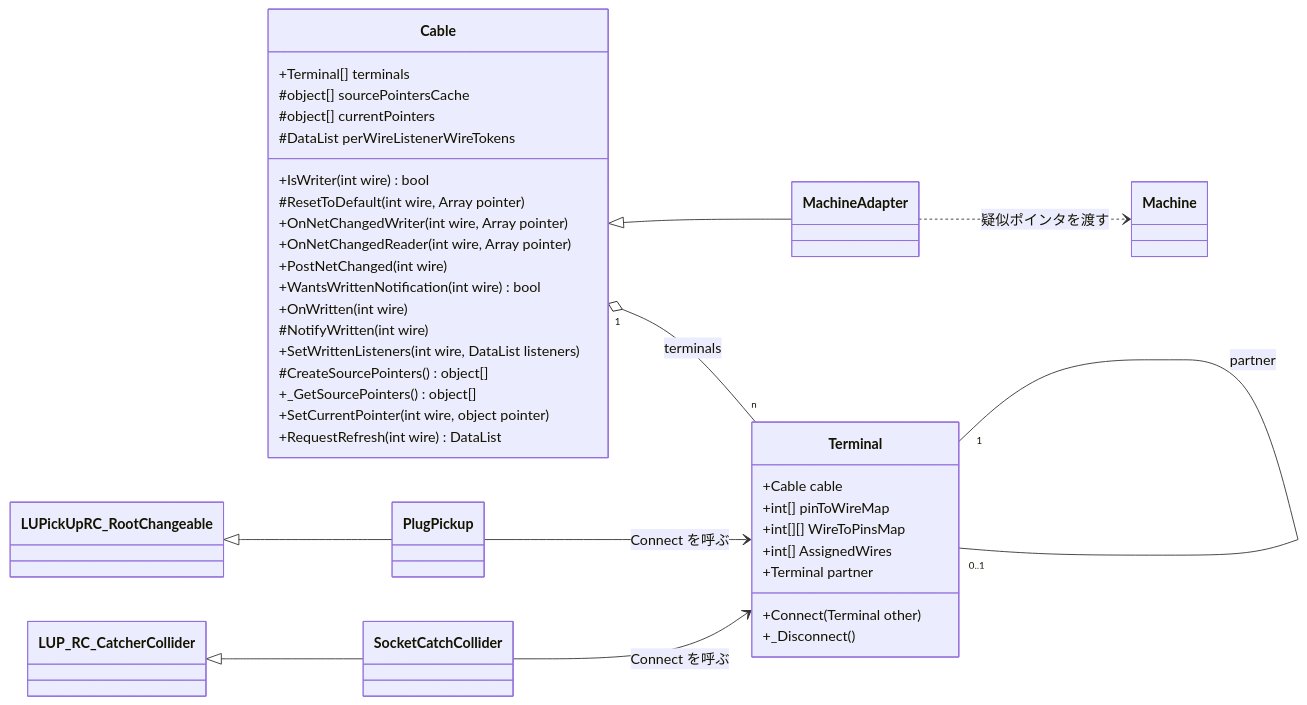
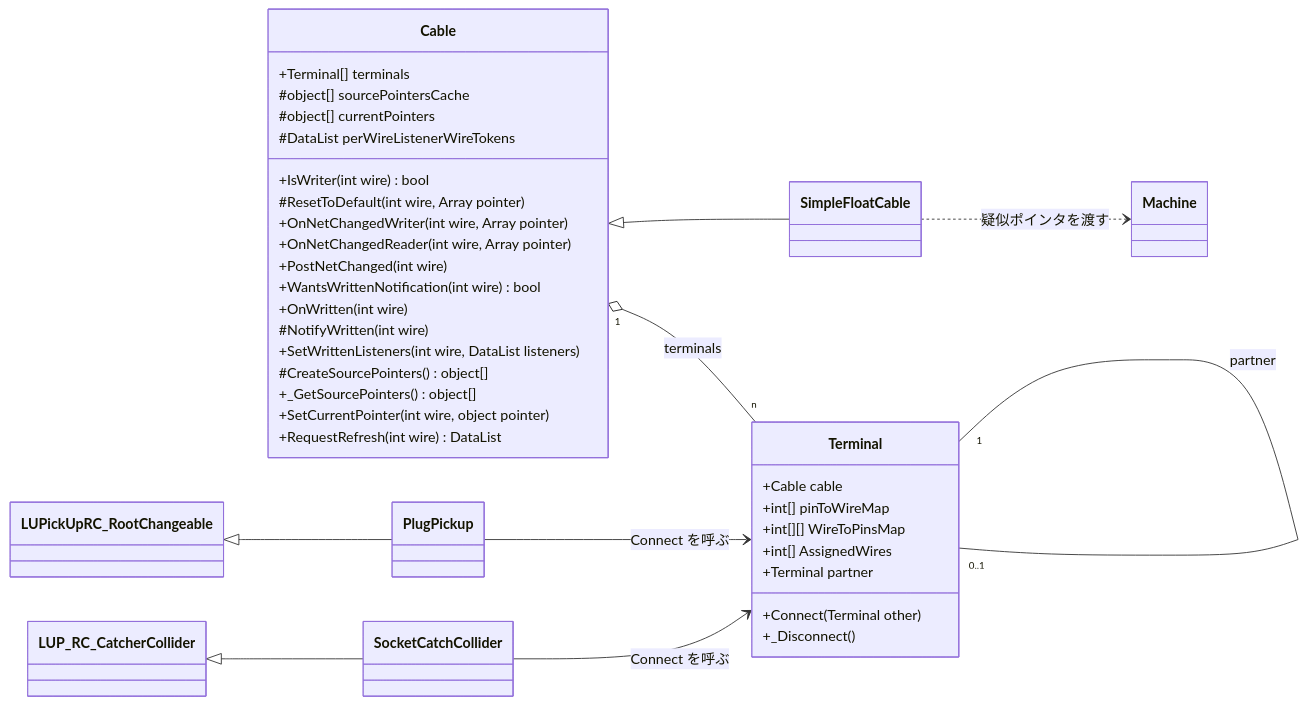
The first of 3 diagrams in Design.md (frou01/UdonSharpPickupCable), drawn with Mermaid before and after one commit. The commit also changed other lines of this file and 2 other files, not shown here.

````diff
--- a/Design.md
+++ b/Design.md
@@ -97,44 +97,44 @@
 ```mermaid
 classDiagram
   direction LR
   class Cable {
     +Terminal[] terminals
     #object[] sourcePointersCache
     #object[] currentPointers
     #DataList perWireListenerWireTokens
     +IsWriter(int wire) bool
     #ResetToDefault(int wire, Array pointer)
     +OnNetChangedWriter(int wire, Array pointer)
     +OnNetChangedReader(int wire, Array pointer)
     +PostNetChanged(int wire)
     +WantsWrittenNotification(int wire) bool
     +OnWritten(int wire)
     #NotifyWritten(int wire)
     +SetWrittenListeners(int wire, DataList listeners)
     #CreateSourcePointers() object[]
     +_GetSourcePointers() object[]
     +SetCurrentPointer(int wire, object pointer)
     +RequestRefresh(int wire) DataList
   }
   class Terminal {
     +Cable cable
     +int[] pinToWireMap
     +int[][] WireToPinsMap
     +int[] AssignedWires
     +Terminal partner
     +Connect(Terminal other)
     +_Disconnect()
   }
-  class MachineAdapter
+  class SimpleFloatCable
   class Machine
   class PlugPickup
   class SocketCatchCollider
   Cable "1" o-- "n" Terminal : terminals
   Terminal "1" -- "0..1" Terminal : partner
-  Cable <|-- MachineAdapter
-  MachineAdapter ..> Machine : 疑似ポインタを渡す
+  Cable <|-- SimpleFloatCable
+  SimpleFloatCable ..> Machine : 疑似ポインタを渡す
   PlugPickup --> Terminal : Connect を呼ぶ
   SocketCatchCollider --> Terminal : Connect を呼ぶ
   LUPickUpRC_RootChangeable <|-- PlugPickup
   LUP_RC_CatcherCollider <|-- SocketCatchCollider
 ```
````
